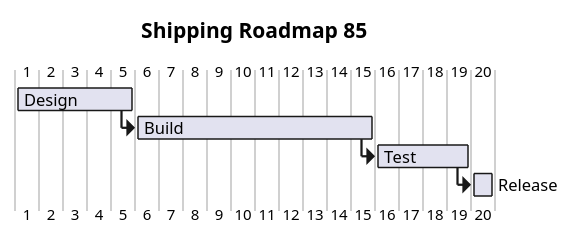
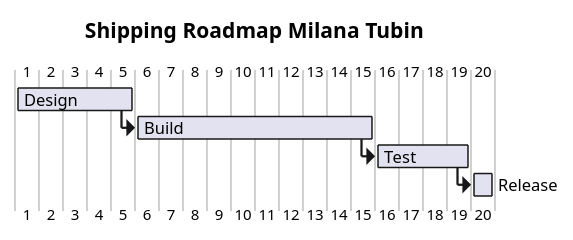
One commit to TTihomir/PlantUML-diagrams changed the diagram in 085_gantt_shipping.md. Above: the diagram before and after it, drawn with PlantUML.

Commit message:
Update Gantt chart title to 'Shipping Roadmap Milana Tubin'

````diff
--- a/085_gantt_shipping.md
+++ b/085_gantt_shipping.md
@@ -3,12 +3,12 @@
 ```plantuml
 @startgantt
-title Shipping Roadmap 85
+title Shipping Roadmap Milana Tubin
 [Design] lasts 5 days
 [Build] lasts 10 days
 [Build] starts at [Design]'s end
 [Test] lasts 4 days
 [Test] starts at [Build]'s end
 [Release] lasts 1 day
 [Release] starts at [Test]'s end
 @endgantt
 ```
````
